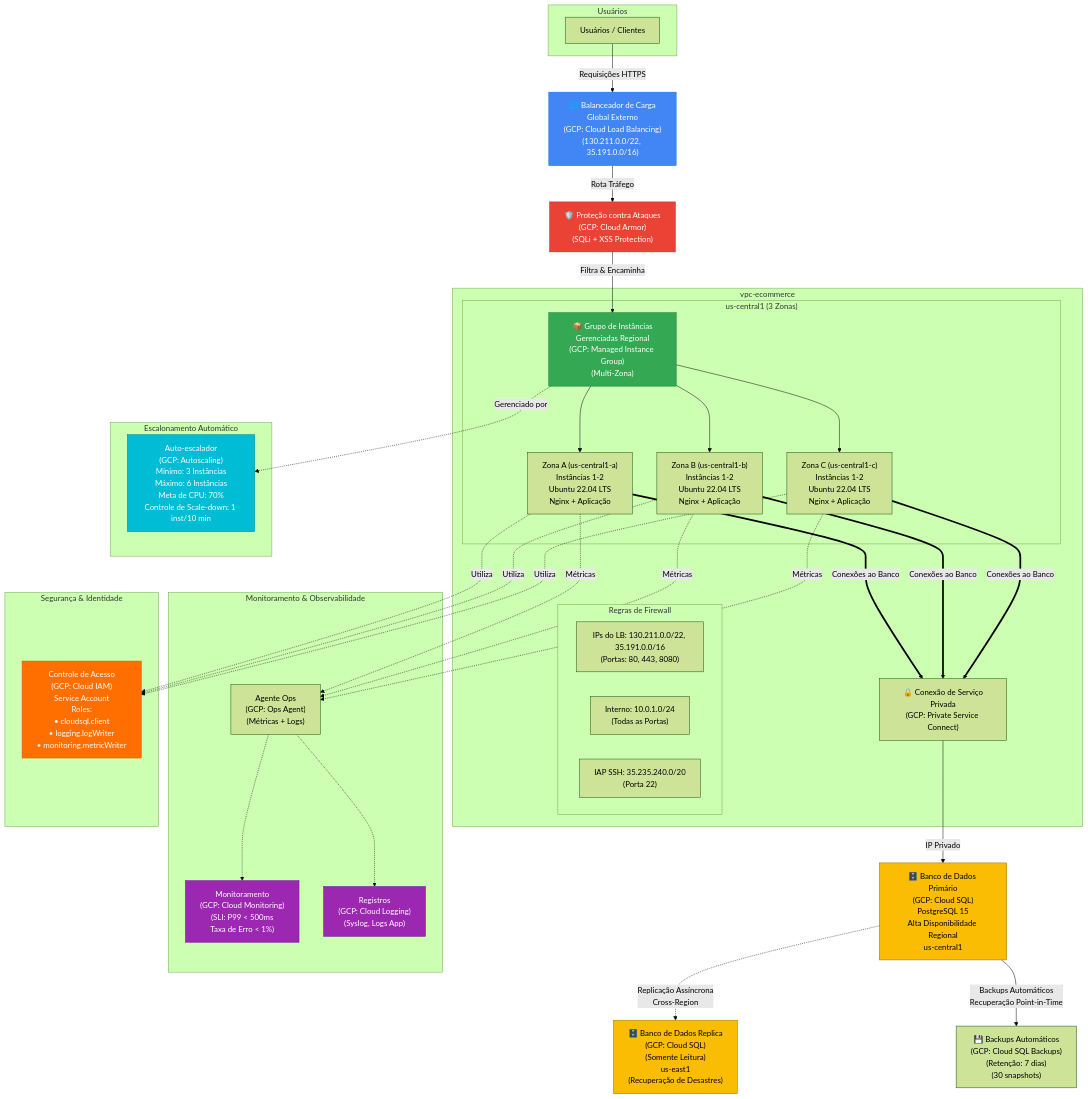
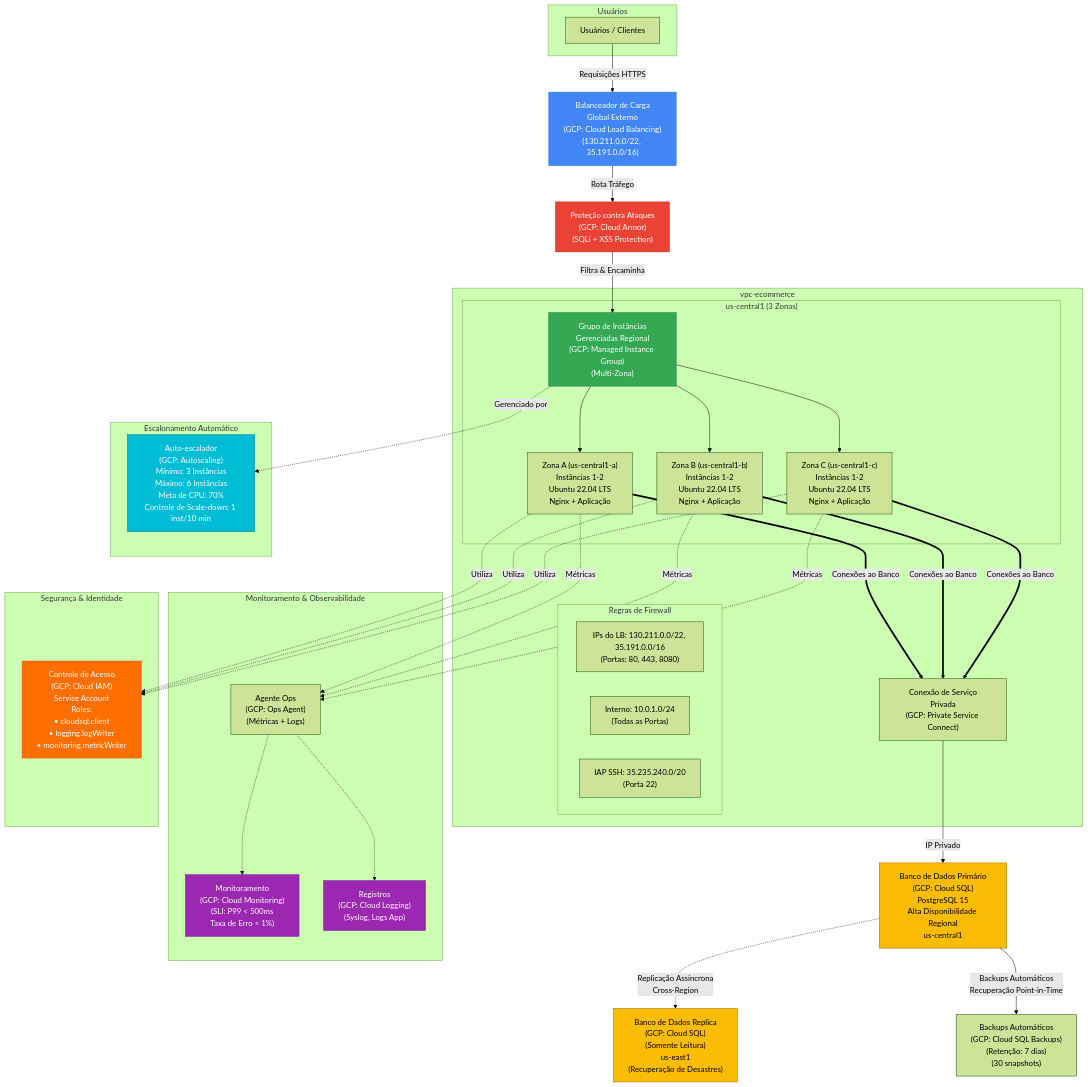
The diagram in entregaveis/1_DIAGRAMA_ARQUITETURA/arquitetura-solucao.mmd (mauriciolsrj/xpe-desafio-arquitetura-solucoes), drawn with Mermaid (forest theme) before and after one commit. The commit also changed 7 other files, not shown here.

Commit message:
Atualizando diagramas

```diff
--- a/entregaveis/1_DIAGRAMA_ARQUITETURA/arquitetura-solucao.mmd
+++ b/entregaveis/1_DIAGRAMA_ARQUITETURA/arquitetura-solucao.mmd
@@ -1,71 +1,71 @@
 graph TB
     subgraph "Usuários"
         Users["Usuários / Clientes"]
     end
 
-    Users -->|Requisições HTTPS| GLB["🌐 Balanceador de Carga<br/>Global Externo<br/>(GCP: Cloud Load Balancing)<br/>(130.211.0.0/22, 35.191.0.0/16)"]
+    Users -->|Requisições HTTPS| GLB["Balanceador de Carga<br/>Global Externo<br/>(GCP: Cloud Load Balancing)<br/>(130.211.0.0/22, 35.191.0.0/16)"]
 
-    GLB -->|Rota Tráfego| CA["🛡️ Proteção contra Ataques<br/>(GCP: Cloud Armor)<br/>(SQLi + XSS Protection)"]
+    GLB -->|Rota Tráfego| CA["Proteção contra Ataques<br/>(GCP: Cloud Armor)<br/>(SQLi + XSS Protection)"]
 
-    CA -->|Filtra & Encaminha| MIG["📦 Grupo de Instâncias<br/>Gerenciadas Regional<br/>(GCP: Managed Instance Group)<br/>(Multi-Zona)"]
+    CA -->|Filtra & Encaminha| MIG["Grupo de Instâncias<br/>Gerenciadas Regional<br/>(GCP: Managed Instance Group)<br/>(Multi-Zona)"]
 
     subgraph "vpc-ecommerce"
         subgraph "us-central1 (3 Zonas)"
             MIG --> Zone_A["Zona A (us-central1-a)<br/>Instâncias 1-2<br/>Ubuntu 22.04 LTS<br/>Nginx + Aplicação"]
             MIG --> Zone_B["Zona B (us-central1-b)<br/>Instâncias 1-2<br/>Ubuntu 22.04 LTS<br/>Nginx + Aplicação"]
             MIG --> Zone_C["Zona C (us-central1-c)<br/>Instâncias 1-2<br/>Ubuntu 22.04 LTS<br/>Nginx + Aplicação"]
         end
 
         subgraph "Regras de Firewall"
             FR1["IPs do LB: 130.211.0.0/22, 35.191.0.0/16<br/>(Portas: 80, 443, 8080)"]
             FR2["Interno: 10.0.1.0/24<br/>(Todas as Portas)"]
             FR3["IAP SSH: 35.235.240.0/20<br/>(Porta 22)"]
         end
 
-        Zone_A ==>|Conexões ao Banco| PSC["🔒 Conexão de Serviço<br/>Privada<br/>(GCP: Private Service Connect)"]
+        Zone_A ==>|Conexões ao Banco| PSC["Conexão de Serviço<br/>Privada<br/>(GCP: Private Service Connect)"]
         Zone_B ==>|Conexões ao Banco| PSC
         Zone_C ==>|Conexões ao Banco| PSC
     end
 
-    PSC -->|IP Privado| SQL_Primary["🗄️ Banco de Dados Primário<br/>(GCP: Cloud SQL)<br/>PostgreSQL 15<br/>Alta Disponibilidade Regional<br/>us-central1"]
+    PSC -->|IP Privado| SQL_Primary["Banco de Dados Primário<br/>(GCP: Cloud SQL)<br/>PostgreSQL 15<br/>Alta Disponibilidade Regional<br/>us-central1"]
 
-    SQL_Primary -.->|Replicação Assíncrona<br/>Cross-Region| SQL_Replica["🗄️ Banco de Dados Replica<br/>(GCP: Cloud SQL)<br/>(Somente Leitura)<br/>us-east1<br/>(Recuperação de Desastres)"]
+    SQL_Primary -.->|Replicação Assíncrona<br/>Cross-Region| SQL_Replica["Banco de Dados Replica<br/>(GCP: Cloud SQL)<br/>(Somente Leitura)<br/>us-east1<br/>(Recuperação de Desastres)"]
 
-    SQL_Primary -->|Backups Automáticos<br/>Recuperação Point-in-Time| Backups["💾 Backups Automáticos<br/>(GCP: Cloud SQL Backups)<br/>(Retenção: 7 dias)<br/>(30 snapshots)"]
+    SQL_Primary -->|Backups Automáticos<br/>Recuperação Point-in-Time| Backups["Backups Automáticos<br/>(GCP: Cloud SQL Backups)<br/>(Retenção: 7 dias)<br/>(30 snapshots)"]
 
     subgraph "Monitoramento & Observabilidade"
         Ops_Agent["Agente Ops<br/>(GCP: Ops Agent)<br/>(Métricas + Logs)"]
         Monitoring["Monitoramento<br/>(GCP: Cloud Monitoring)<br/>(SLI: P99 < 500ms<br/>Taxa de Erro < 1%)"]
         Logging["Registros<br/>(GCP: Cloud Logging)<br/>(Syslog, Logs App)"]
     end
 
     Zone_A -.->|Métricas| Ops_Agent
     Zone_B -.->|Métricas| Ops_Agent
     Zone_C -.->|Métricas| Ops_Agent
     
     Ops_Agent -.-> Monitoring
     Ops_Agent -.-> Logging
 
     subgraph "Segurança & Identidade"
         IAM["Controle de Acesso<br/>(GCP: Cloud IAM)<br/>Service Account<br/>Roles:<br/>• cloudsql.client<br/>• logging.logWriter<br/>• monitoring.metricWriter"]
     end
 
     Zone_A -.->|Utiliza| IAM
     Zone_B -.->|Utiliza| IAM
     Zone_C -.->|Utiliza| IAM
 
     subgraph "Escalonamento Automático"
         Autoscaler["Auto-escalador<br/>(GCP: Autoscaling)<br/>Mínimo: 3 Instâncias<br/>Máximo: 6 Instâncias<br/>Meta de CPU: 70%<br/>Controle de Scale-down: 1 inst/10 min"]
     end
 
     MIG -.->|Gerenciado por| Autoscaler
 
     style GLB fill:#4285F4,stroke:#1a73e8,color:#fff
     style CA fill:#EA4335,stroke:#c5221f,color:#fff
     style MIG fill:#34A853,stroke:#137333,color:#fff
     style SQL_Primary fill:#FBBC04,stroke:#9c6c00,color:#000
     style SQL_Replica fill:#FBBC04,stroke:#9c6c00,color:#000
     style Monitoring fill:#9C27B0,stroke:#6a1b9a,color:#fff
     style Logging fill:#9C27B0,stroke:#6a1b9a,color:#fff
     style IAM fill:#FF6F00,stroke:#e65100,color:#fff
     style Autoscaler fill:#00BCD4,stroke:#00838f,color:#fff
```
